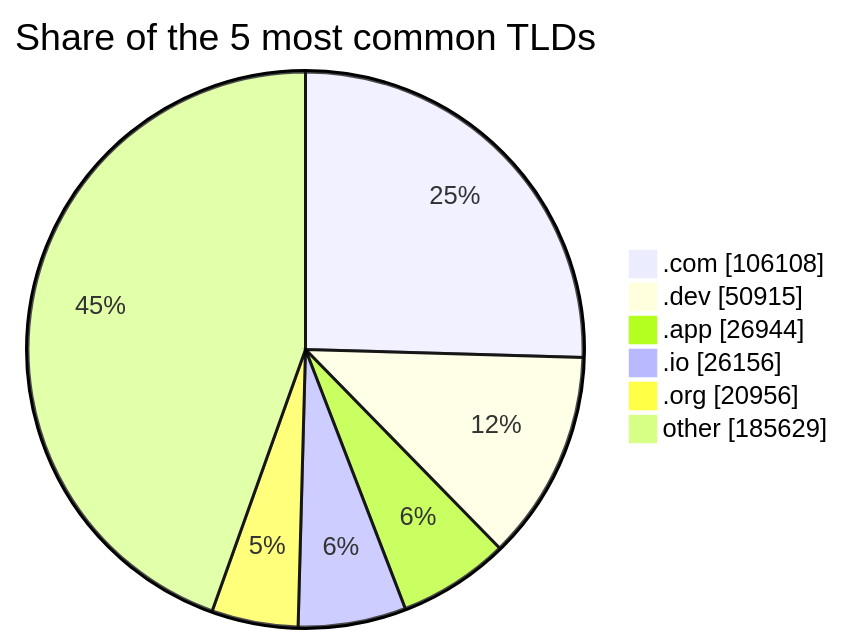
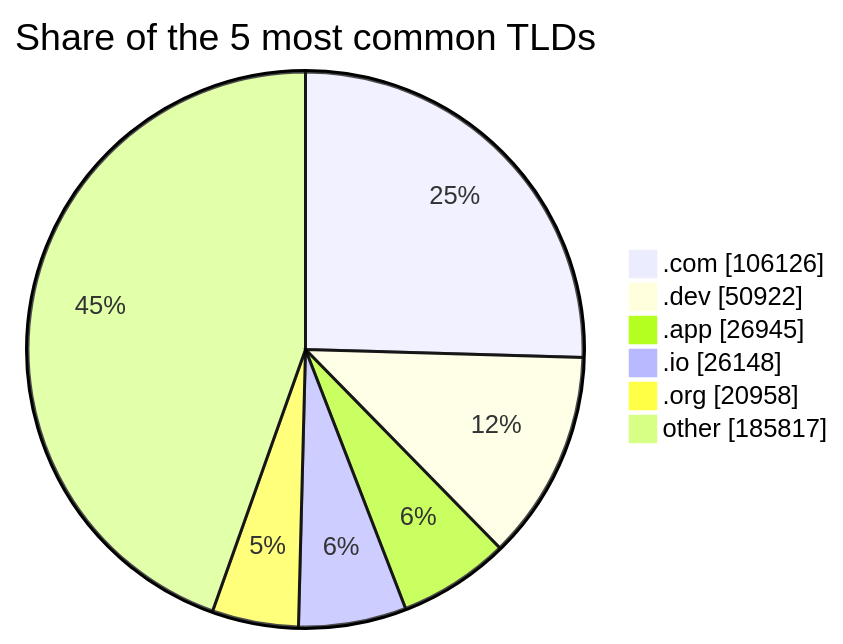
The third of 3 diagrams in README.md (DNSBunker/CTI), drawn with Mermaid before and after one commit. The commit also changed other lines of this file and 3 other files, not shown here.

````diff
--- a/README.md
+++ b/README.md
@@ -81,9 +81,9 @@
 ```mermaid
 pie showData title Share of the 5 most common TLDs
-    ".com" : 106108
-    ".dev" : 50915
-    ".app" : 26944
-    ".io" : 26156
-    ".org" : 20956
-    "other" : 185629
+    ".com" : 106126
+    ".dev" : 50922
+    ".app" : 26945
+    ".io" : 26148
+    ".org" : 20958
+    "other" : 185817
 ```
````
